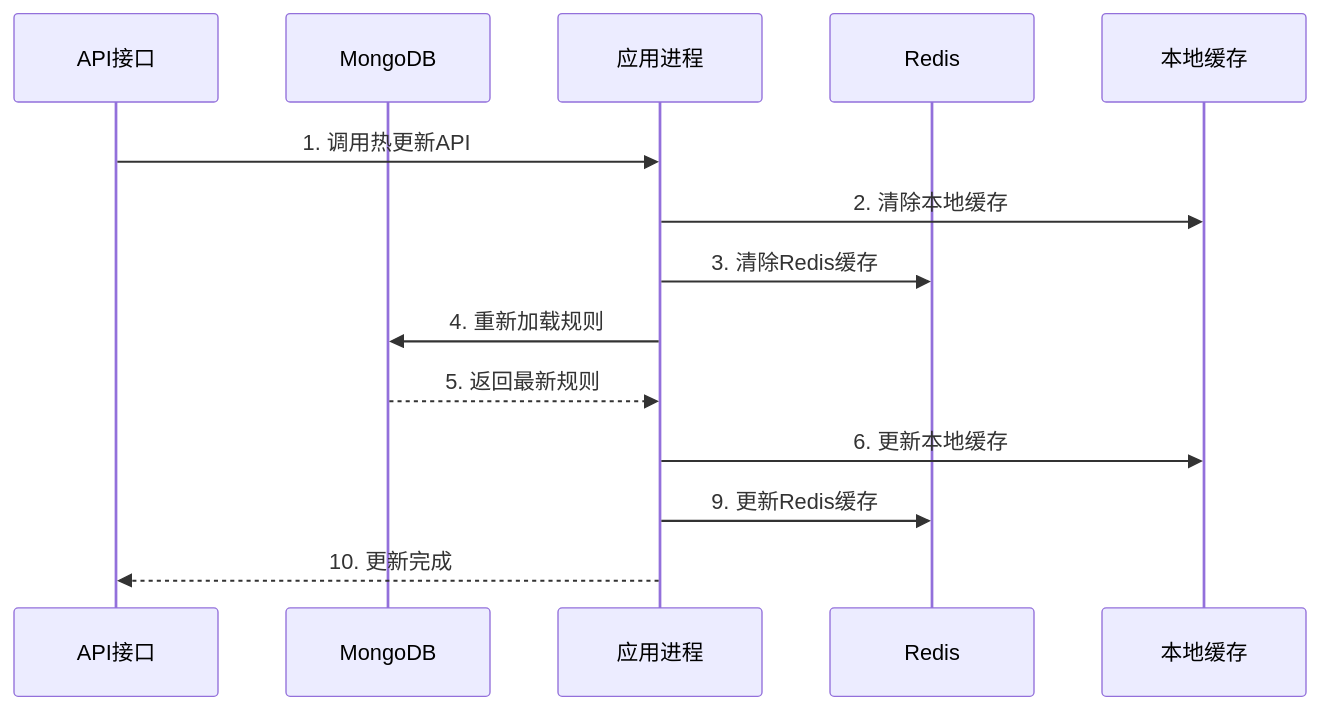
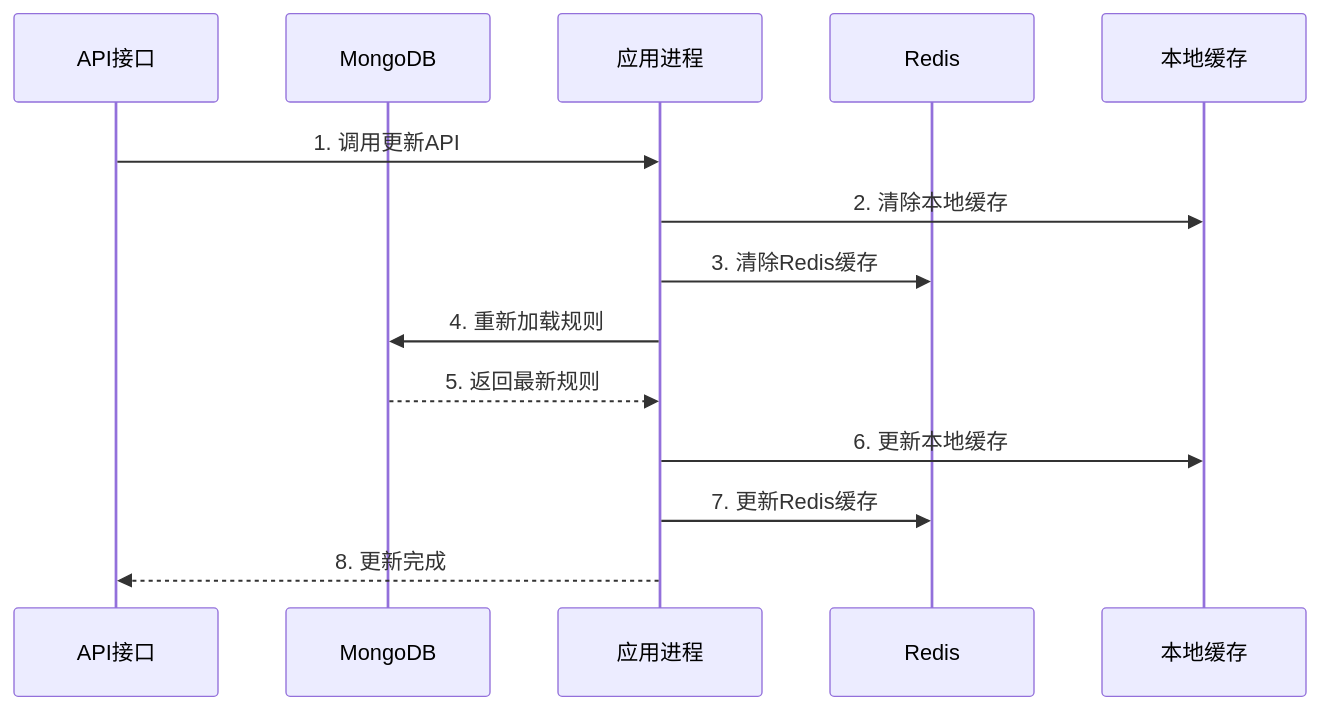
One commit to yingjianzh/iodraw-files changed the diagram in all/未命名-2.md. Above: the diagram before and after it, drawn with Mermaid.

Commit message:
2025-10-13 17:04:14 update

````diff
--- a/all/未命名-2.md
+++ b/all/未命名-2.md
@@ -1,22 +1,22 @@
 ```mermaid
 
 sequenceDiagram
    
     participant API as API接口
     participant Mongo as MongoDB
     participant App as 应用进程
     participant Redis as Redis
     participant Cache as 本地缓存
     
     
-    API->>App: 1. 调用热更新API
+    API->>App: 1. 调用更新API
     App->>Cache: 2. 清除本地缓存
     App->>Redis: 3. 清除Redis缓存
     App->>Mongo: 4. 重新加载规则
     Mongo-->>App: 5. 返回最新规则
     
     App->>Cache: 6. 更新本地缓存
-    App->>Redis: 9. 更新Redis缓存
-    App-->>API: 10. 更新完成
+    App->>Redis: 7. 更新Redis缓存
+    App-->>API: 8. 更新完成
 
 ```
````
